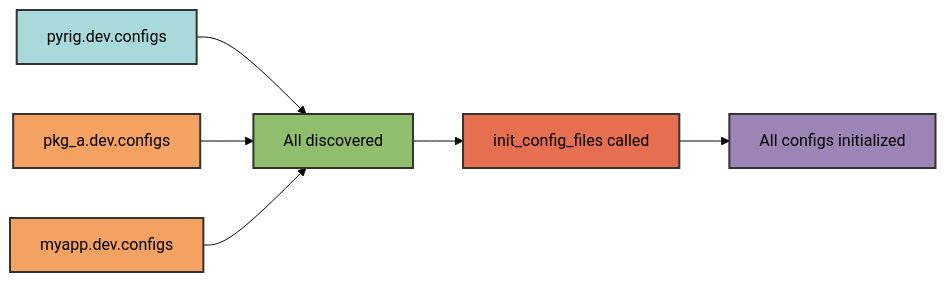
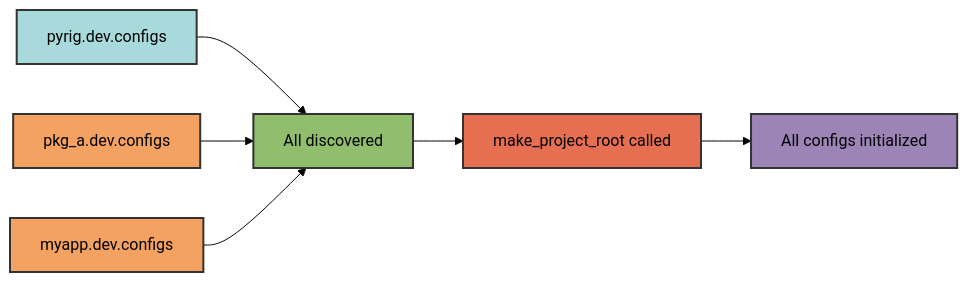
The third of 3 diagrams in docs/configs/architecture.md (Winipedia/pyrig), drawn with Mermaid (forest theme) before and after one commit. The commit also changed other lines of this file and 82 other files, not shown here.

````diff
--- a/docs/configs/architecture.md
+++ b/docs/configs/architecture.md
@@ -106,15 +106,15 @@
 ```mermaid
 graph LR
     A[pyrig.dev.configs] --> D[All discovered]
     B[pkg_a.dev.configs] --> D
     C[myapp.dev.configs] --> D
-    D --> E[init_config_files called]
+    D --> E[make_project_root called]
     E --> F[All configs initialized]
-    
+
     style A fill:#a8dadc,stroke:#333,stroke-width:2px,color:#000
     style B fill:#f4a261,stroke:#333,stroke-width:2px,color:#000
     style C fill:#f4a261,stroke:#333,stroke-width:2px,color:#000
     style D fill:#90be6d,stroke:#333,stroke-width:2px,color:#000
     style E fill:#e76f51,stroke:#333,stroke-width:2px,color:#000
     style F fill:#9d84b7,stroke:#333,stroke-width:2px,color:#000
 ```
````
